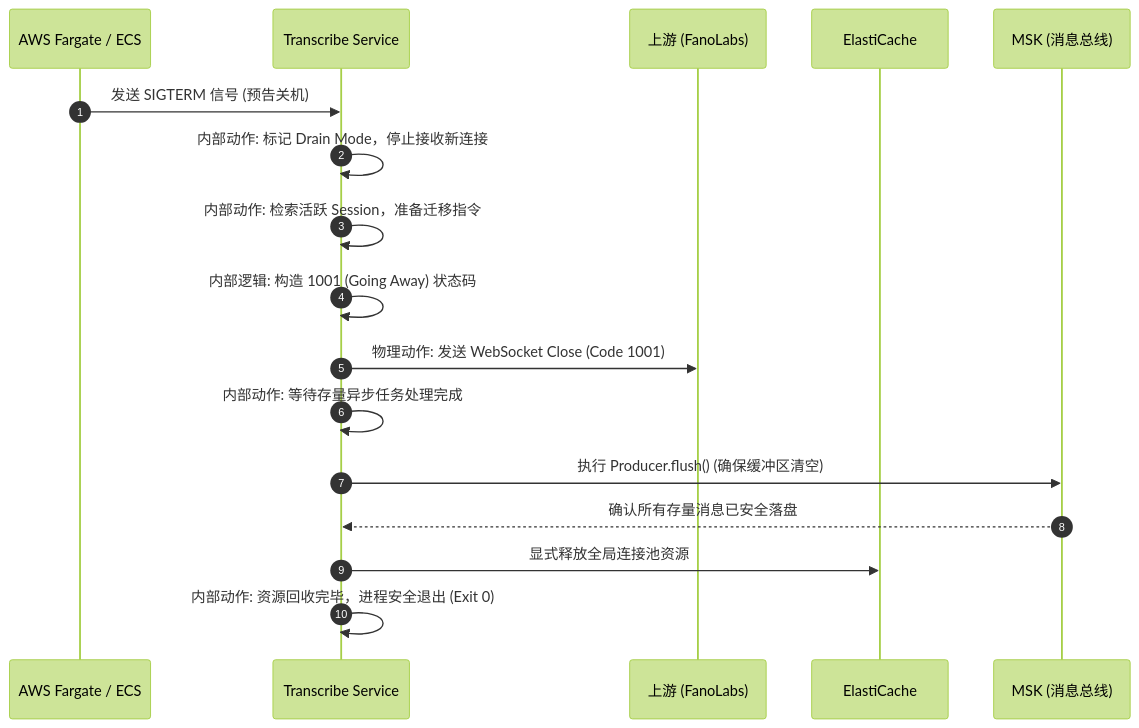
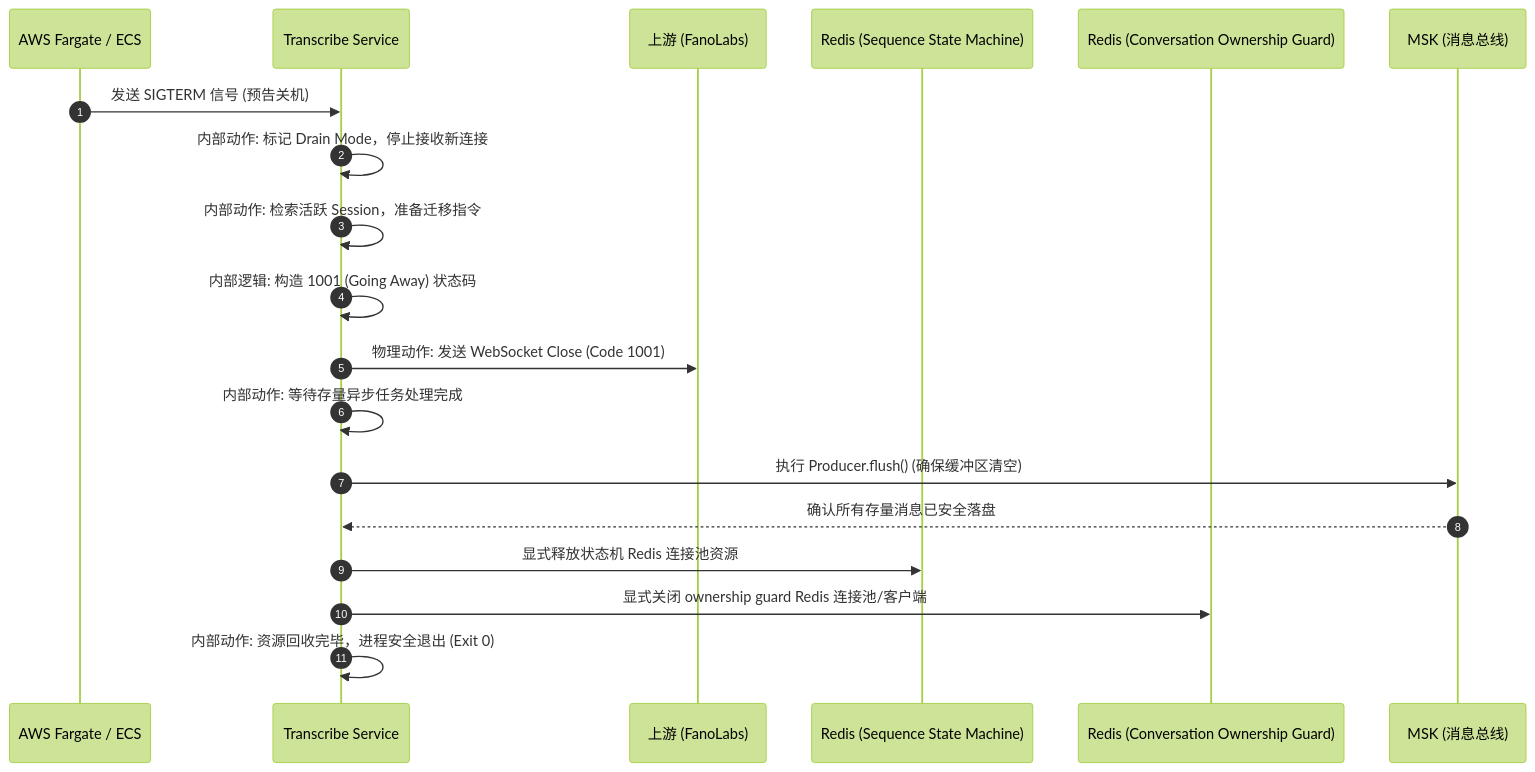
The sixth of 6 diagrams in design/application-design_zh.md (xiaodouya001/transcribe_service), drawn with Mermaid (forest theme) before and after one commit. The commit also changed other lines of this file and 44 other files, not shown here.

Commit message:
Align EOL contract and unify Redis ownership/state modules

````diff
--- a/design/application-design_zh.md
+++ b/design/application-design_zh.md
@@ -256,26 +292,28 @@
 ```mermaid
 sequenceDiagram
     autonumber
     participant AWS as AWS Fargate / ECS
     participant Trans as Transcribe Service
     participant Vendor as 上游 (FanoLabs)
-    participant Redis as ElastiCache
+    participant RedisState as Redis (Sequence State Machine)
+    participant RedisOwnership as Redis (Conversation Ownership Guard)
     participant Kafka as MSK (消息总线)
 
     AWS->>Trans: 发送 SIGTERM 信号 (预告关机)
     
     Trans->>Trans: 内部动作: 标记 Drain Mode，停止接收新连接
     Trans->>Trans: 内部动作: 检索活跃 Session，准备迁移指令
     
     Trans->>Trans: 内部逻辑: 构造 1001 (Going Away) 状态码
     Trans->>Vendor: 物理动作: 发送 WebSocket Close (Code 1001)
     
     Trans->>Trans: 内部动作: 等待存量异步任务处理完成
     
     Trans->>Kafka: 执行 Producer.flush() (确保缓冲区清空)
     Kafka-->>Trans: 确认所有存量消息已安全落盘
     
-    Trans->>Redis: 显式释放全局连接池资源
+    Trans->>RedisState: 显式释放状态机 Redis 连接池资源
+    Trans->>RedisOwnership: 显式关闭 ownership guard Redis 连接池/客户端
     
     Trans->>Trans: 内部动作: 资源回收完毕，进程安全退出 (Exit 0)
 ```
````
